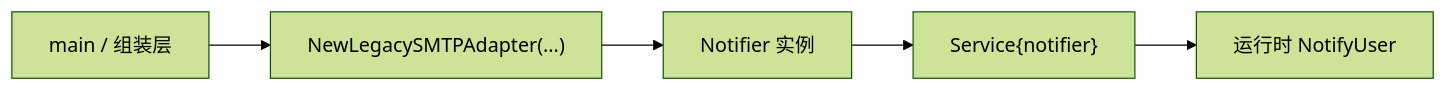
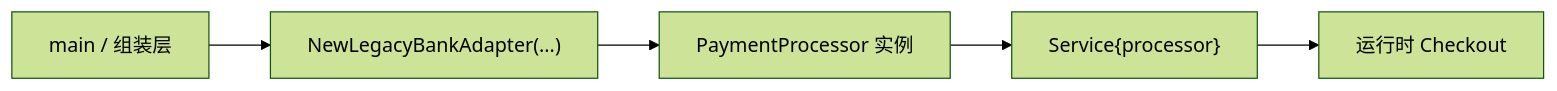
One commit to lllllan02/ciu changed the second of 2 diagrams in content/cs-fundamentals/design-patterns/adapter.md. Above: the diagram before and after it, drawn with Mermaid (forest theme). The commit also changed other lines of this file and 7 other files, not shown here.

````diff
--- a/content/cs-fundamentals/design-patterns/adapter.md
+++ b/content/cs-fundamentals/design-patterns/adapter.md
@@ -211,7 +211,7 @@
 ```mermaid
 flowchart LR
-    M["main / 组装层"] --> N["NewLegacySMTPAdapter(...)"]
-    N --> B["Notifier 实例"]
-    B --> S["Service{notifier}"]
-    S --> R["运行时 NotifyUser"]
+    M["main / 组装层"] --> N["NewLegacyBankAdapter(...)"]
+    N --> B["PaymentProcessor 实例"]
+    B --> S["Service{processor}"]
+    S --> R["运行时 Checkout"]
 ```
````
